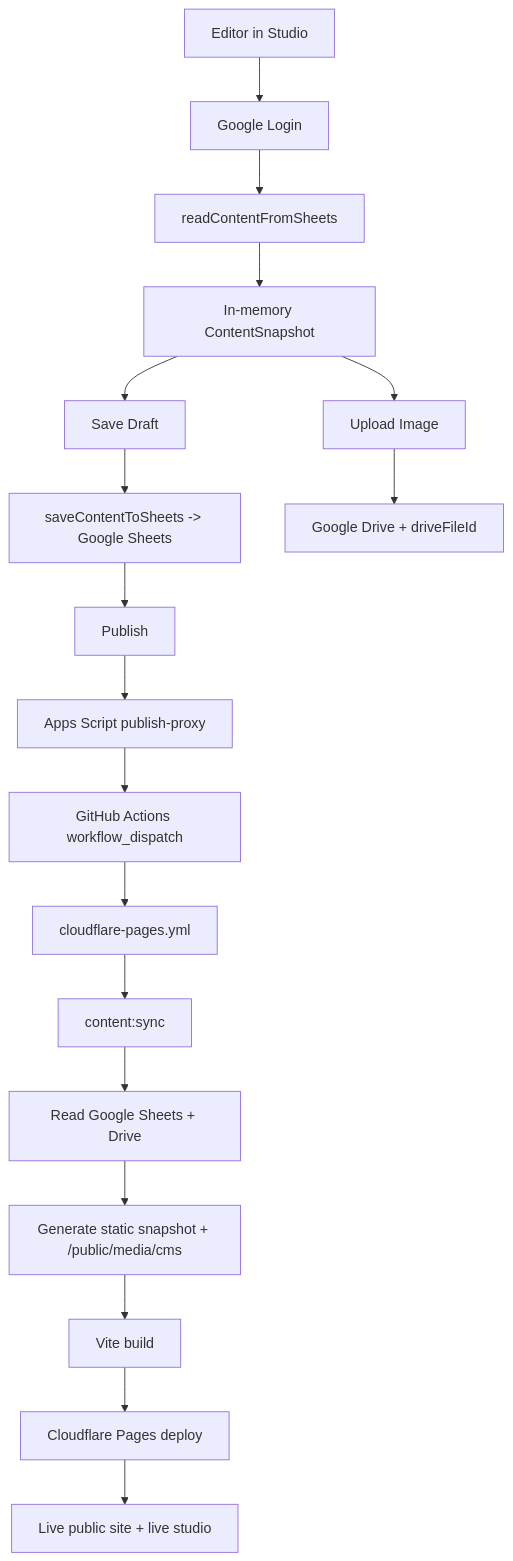
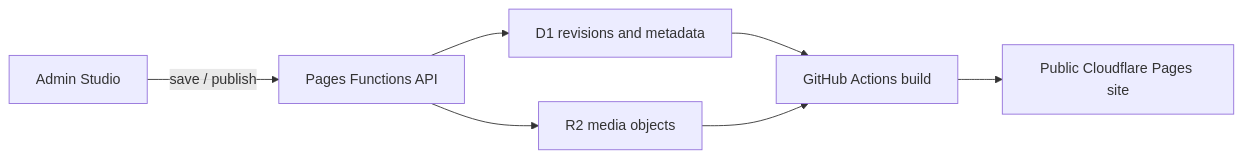
One commit to Evyatar-Hazan/nis-boutique-catering changed the first of 2 diagrams in docs/content-flow.md. Above: the diagram before and after it, drawn with Mermaid. The commit also changed other lines of this file and 17 other files, not shown here.

Commit message:
refactor: retire legacy Google content pipeline

````diff
--- a/docs/content-flow.md
+++ b/docs/content-flow.md
@@ -242,20 +7,9 @@
 ```mermaid
-flowchart TD
-  A["Editor in Studio"] --> B["Google Login"]
-  B --> C["readContentFromSheets"]
-  C --> D["In-memory ContentSnapshot"]
-  D --> E["Save Draft"]
-  E --> F["saveContentToSheets -> Google Sheets"]
-  D --> G["Upload Image"]
-  G --> H["Google Drive + driveFileId"]
-  F --> I["Publish"]
-  I --> J["Apps Script publish-proxy"]
-  J --> K["GitHub Actions workflow_dispatch"]
-  K --> L["cloudflare-pages.yml"]
-  L --> M["content:sync"]
-  M --> N["Read Google Sheets + Drive"]
-  N --> O["Generate static snapshot + /public/media/cms"]
-  O --> P["Vite build"]
-  P --> Q["Cloudflare Pages deploy"]
-  Q --> R["Live public site + live studio"]
+flowchart LR
+  A["Admin Studio"] -->|"save / publish"| F["Pages Functions API"]
+  F --> D["D1 revisions and metadata"]
+  F --> R["R2 media objects"]
+  D --> B["GitHub Actions build"]
+  R --> B
+  B --> P["Public Cloudflare Pages site"]
 ```
````
